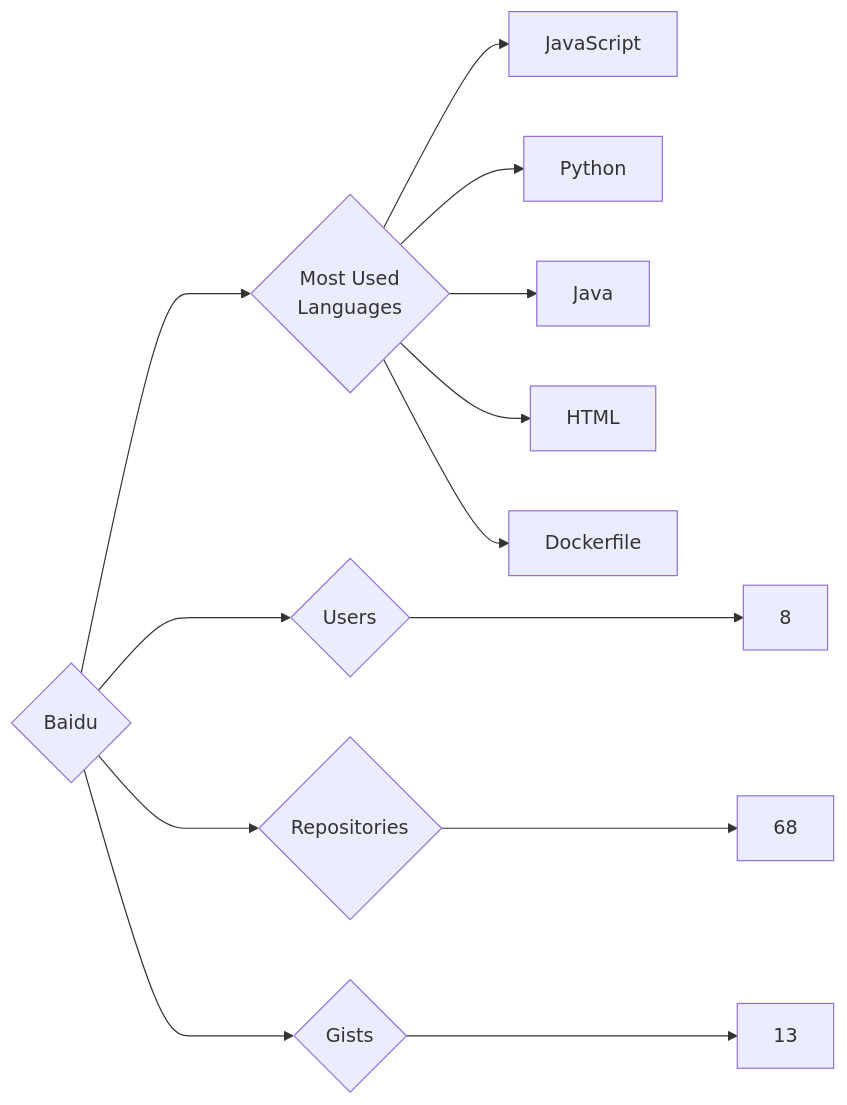
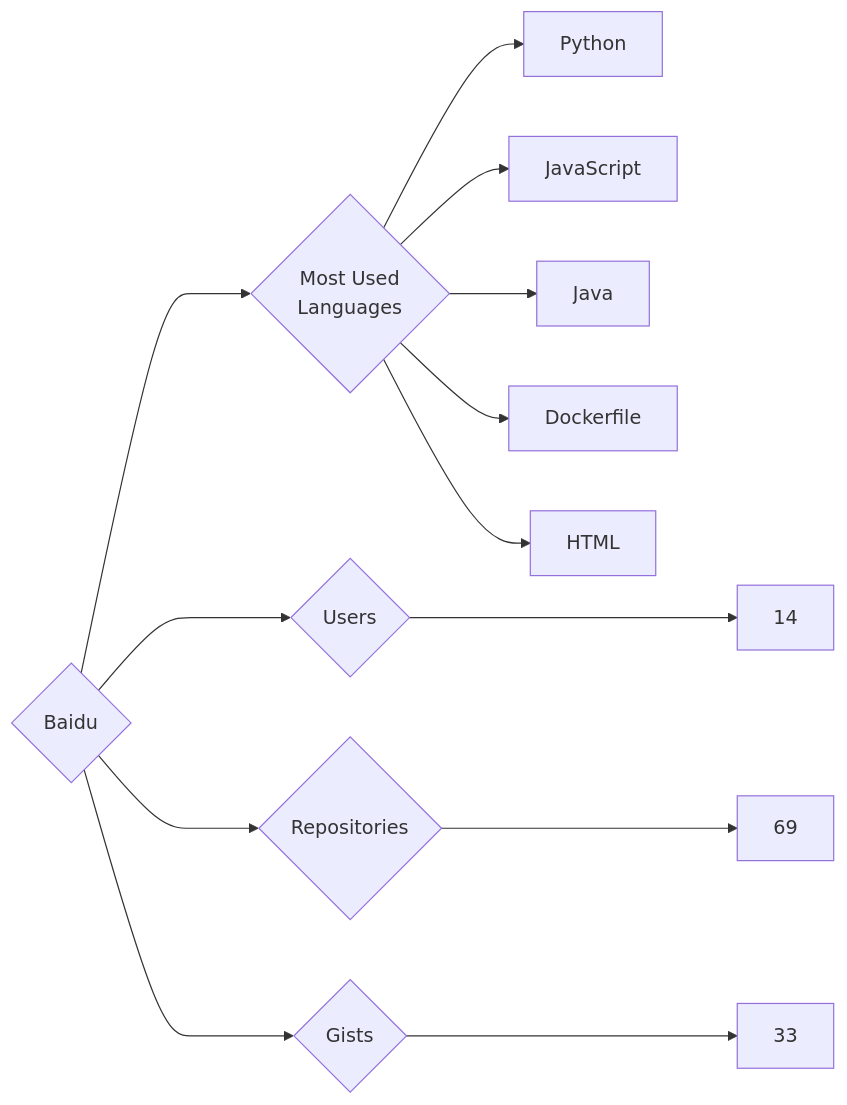
One commit to trickest/insiders changed the diagram in targets/Baidu/README.md. Above: the diagram before and after it, drawn with Mermaid. The commit also changed 1055 other files, not shown here.

````diff
--- a/targets/Baidu/README.md
+++ b/targets/Baidu/README.md
@@ -3,13 +3,13 @@
 ```mermaid
 graph LR
 COMPANY_NAME{Baidu}
-COMPANY_NAME ---> U{Users} ---> UN[8]
-COMPANY_NAME ---> R{Repositories} ---> RN[68]
-COMPANY_NAME ---> G{Gists} ---> GN[13]
+COMPANY_NAME ---> U{Users} ---> UN[14]
+COMPANY_NAME ---> R{Repositories} ---> RN[69]
+COMPANY_NAME ---> G{Gists} ---> GN[33]
 COMPANY_NAME ---> ML{Most Used<br>Languages}
+ML --> Python[Python]
 ML --> JavaScript[JavaScript]
-ML --> Python[Python]
 ML --> Java[Java]
+ML --> Dockerfile[Dockerfile]
 ML --> HTML[HTML]
-ML --> Dockerfile[Dockerfile]
 ```
````
